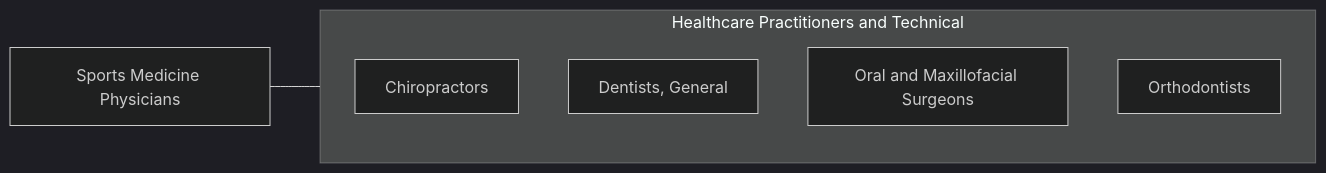
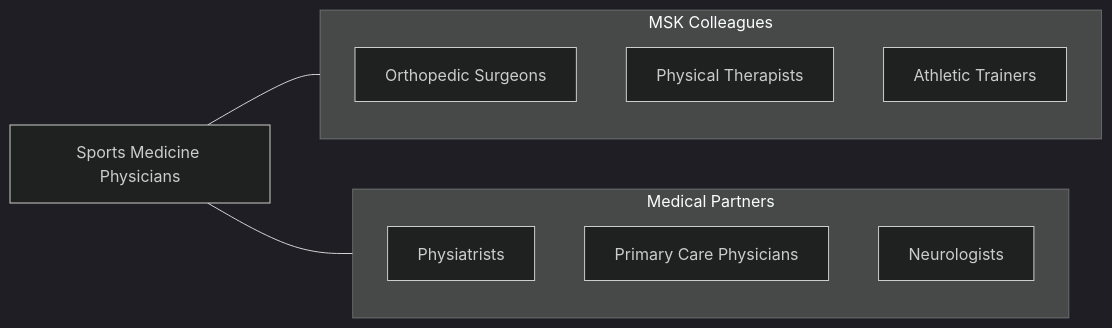
Before and after one commit to kziemski/business.org.ai: the fourth of 4 diagrams in occupations/HealthcarePractitioners/SportsMedicinePhysicians.mdx, drawn with Mermaid (dark theme). The commit also changed other lines of this file and 938 other files, not shown here.

````diff
--- a/occupations/HealthcarePractitioners/SportsMedicinePhysicians.mdx
+++ b/occupations/HealthcarePractitioners/SportsMedicinePhysicians.mdx
@@ -113,13 +182,19 @@
 ```mermaid
 graph LR
     Current["Sports Medicine Physicians"]
 
-    subgraph SameCategory["Healthcare Practitioners and Technical"]
-        Chiropractors["Chiropractors"]
-        DentistsGeneral["Dentists, General"]
-        OralAndMaxillofacial["Oral and Maxillofacial Surgeons"]
-        Orthodontists["Orthodontists"]
+    subgraph MSKTeam["MSK Colleagues"]
+        OrthopedicSurgeons["Orthopedic Surgeons"]
+        PTs["Physical Therapists"]
+        AthleticTrainers["Athletic Trainers"]
     end
 
-    Current --- SameCategory
+    subgraph Medical["Medical Partners"]
+        Physiatrists["Physiatrists"]
+        PrimaryCare["Primary Care Physicians"]
+        Neurologists["Neurologists"]
+    end
+
+    Current --- MSKTeam
+    Current --- Medical
 ```
````
